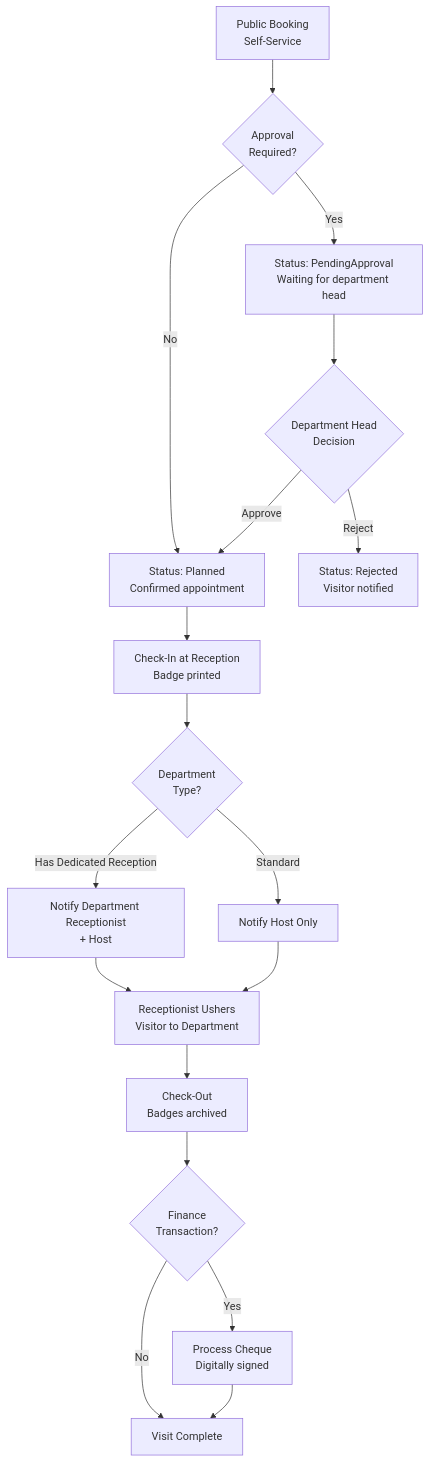
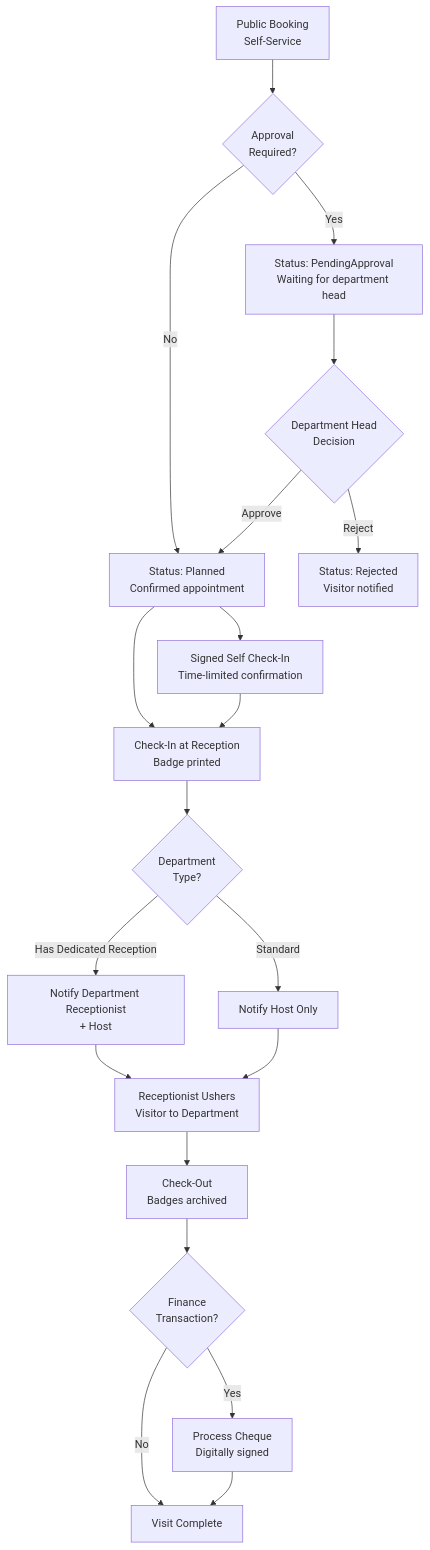
One commit to Machogu001/visitors changed the second of 9 diagrams in docs/architecture-diagrams.md. Above: the diagram before and after it, drawn with Mermaid. The commit also changed other lines of this file and 47 other files, not shown here.

Commit message:
Add operational assurance and architecture tooling

````diff
--- a/docs/architecture-diagrams.md
+++ b/docs/architecture-diagrams.md
@@ -85,32 +103,34 @@
 ```mermaid
 graph TD
     BOOK["Public Booking<br/>Self-Service"]
     
     BOOK --> GATE{Approval<br/>Required?}
     
     GATE -->|Yes| PENDING["Status: PendingApproval<br/>Waiting for department head"]
     GATE -->|No| PLANNED["Status: Planned<br/>Confirmed appointment"]
     
     PENDING --> APPROVE{Department Head<br/>Decision}
     APPROVE -->|Approve| PLANNED
     APPROVE -->|Reject| REJECTED["Status: Rejected<br/>Visitor notified"]
     
     PLANNED --> CHECKIN["Check-In at Reception<br/>Badge printed"]
+    PLANNED --> SELF_CHECKIN["Signed Self Check-In<br/>Time-limited confirmation"]
+    SELF_CHECKIN --> CHECKIN
     
     CHECKIN --> NOTIFY{Department<br/>Type?}
     
     NOTIFY -->|Has Dedicated Reception| RECEPT["Notify Department Receptionist<br/>+ Host"]
     NOTIFY -->|Standard| HOST["Notify Host Only"]
     
     RECEPT --> USHERED["Receptionist Ushers<br/>Visitor to Department"]
     HOST --> USHERED
     
     USHERED --> CHECKOUT["Check-Out<br/>Badges archived"]
     
     CHECKOUT --> FIN{Finance<br/>Transaction?}
     
     FIN -->|Yes| CHEQUE["Process Cheque<br/>Digitally signed"]
     FIN -->|No| END["Visit Complete"]
     
     CHEQUE --> END
 ```
````
